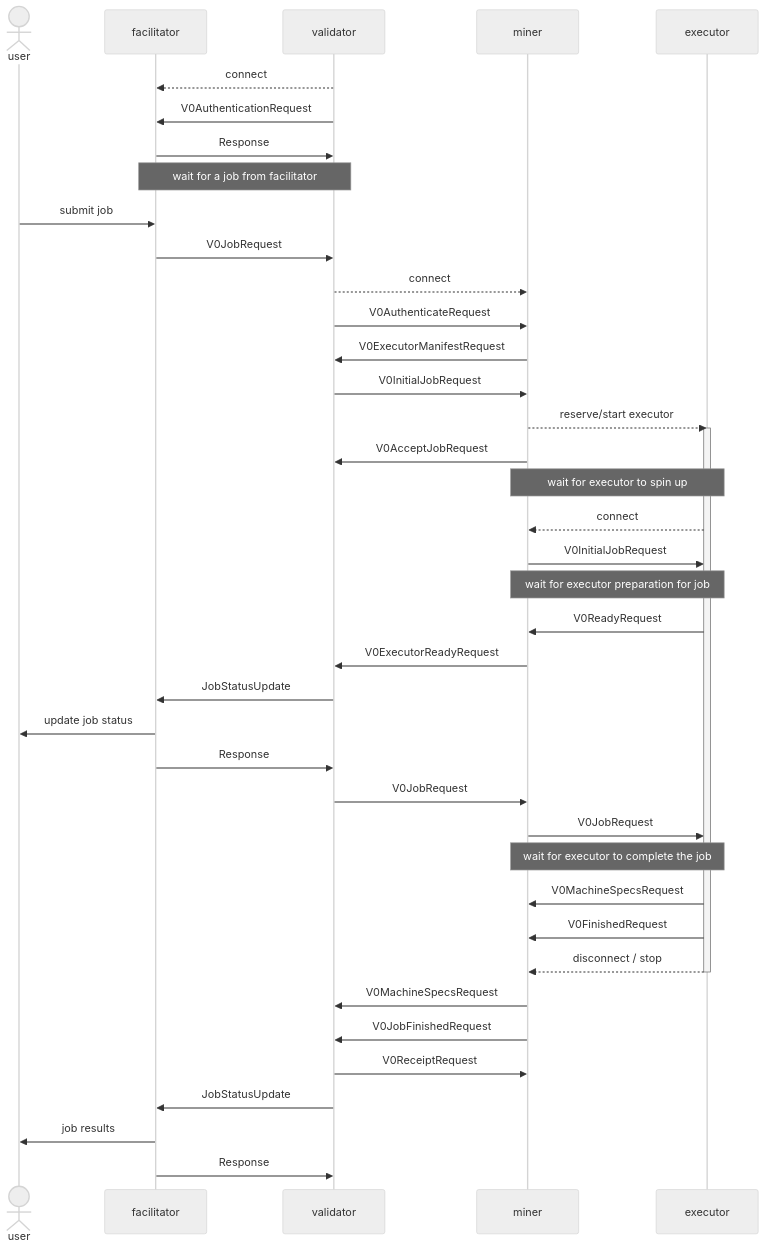
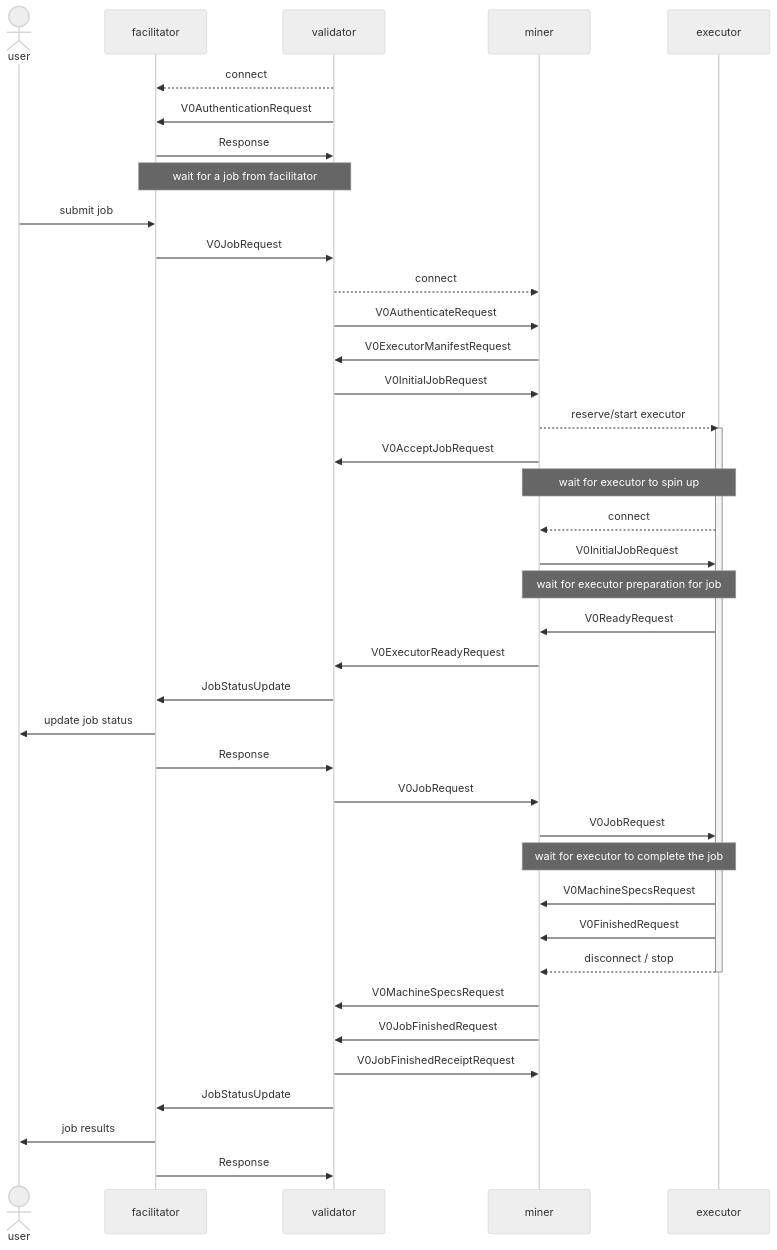
One commit to backend-developers-ltd/ComputeHorde changed the diagram in docs/sequence-diagram-organic-jobs.md. Above: the diagram before and after it, drawn with Mermaid (neutral theme). The commit also changed 5 other files, not shown here.

Commit message:
rename V0ReceiptRequest to V0JobFinishedReceiptRequest

````diff
--- a/docs/sequence-diagram-organic-jobs.md
+++ b/docs/sequence-diagram-organic-jobs.md
@@ -3,53 +3,53 @@
 ```mermaid
 sequenceDiagram
     actor user
     participant facilitator
     participant validator
     participant miner
     participant executor
 
     validator-->>facilitator: connect
     validator->>facilitator: V0AuthenticationRequest
     facilitator->>validator: Response
     
     Note over facilitator,validator: wait for a job from facilitator
     user->>facilitator: submit job
     facilitator->>validator: V0JobRequest
 
     validator-->>miner: connect
     validator->>miner: V0AuthenticateRequest
     miner->>validator: V0ExecutorManifestRequest
 
     validator->>miner: V0InitialJobRequest
     miner-->>executor: reserve/start executor
     activate executor
     miner->>validator: V0AcceptJobRequest
     
     Note over miner,executor: wait for executor to spin up
     executor-->>miner: connect
     miner->>executor: V0InitialJobRequest
     Note over miner,executor: wait for executor preparation for job
     executor->>miner: V0ReadyRequest
     miner->>validator: V0ExecutorReadyRequest
     validator->>facilitator: JobStatusUpdate
     facilitator->>user: update job status
     facilitator->>validator: Response
 
     validator->>miner: V0JobRequest
     miner->>executor: V0JobRequest
 
     Note over miner,executor: wait for executor to complete the job
     executor->>miner: V0MachineSpecsRequest
     executor->>miner: V0FinishedRequest
 
     executor-->>miner: disconnect / stop
     deactivate executor
 
     miner->>validator: V0MachineSpecsRequest
     miner->>validator: V0JobFinishedRequest
-    validator->>miner: V0ReceiptRequest
+    validator->>miner: V0JobFinishedReceiptRequest
 
     validator->>facilitator: JobStatusUpdate
     facilitator->>user: job results
     facilitator->>validator: Response
 ```
````
